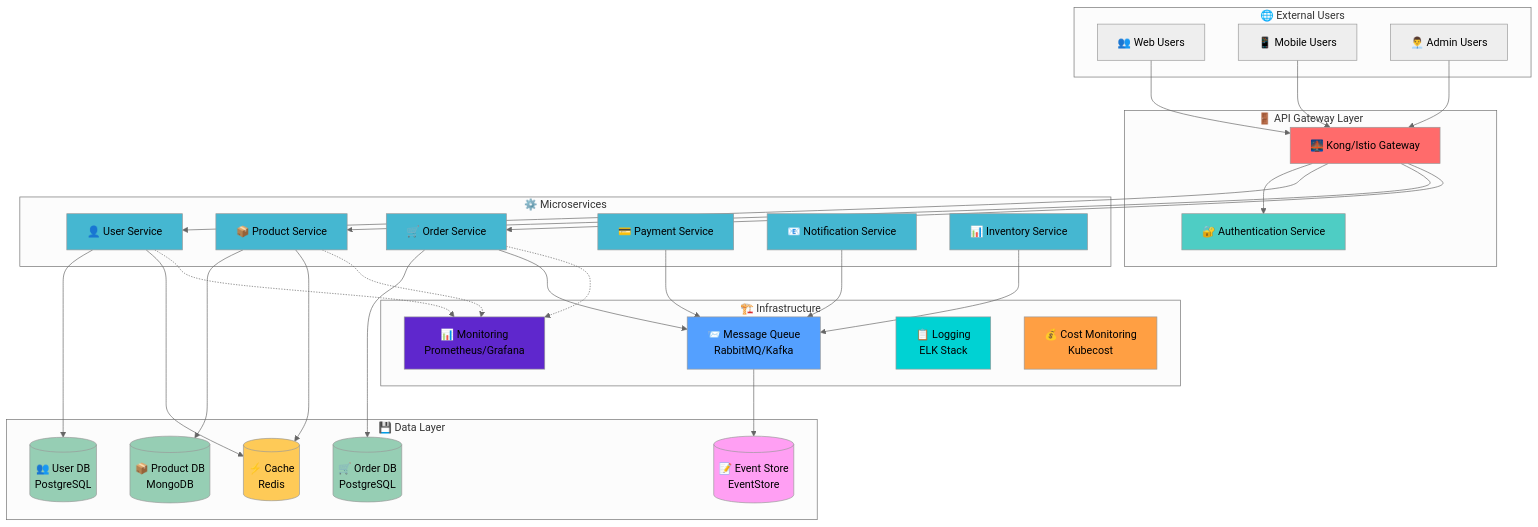
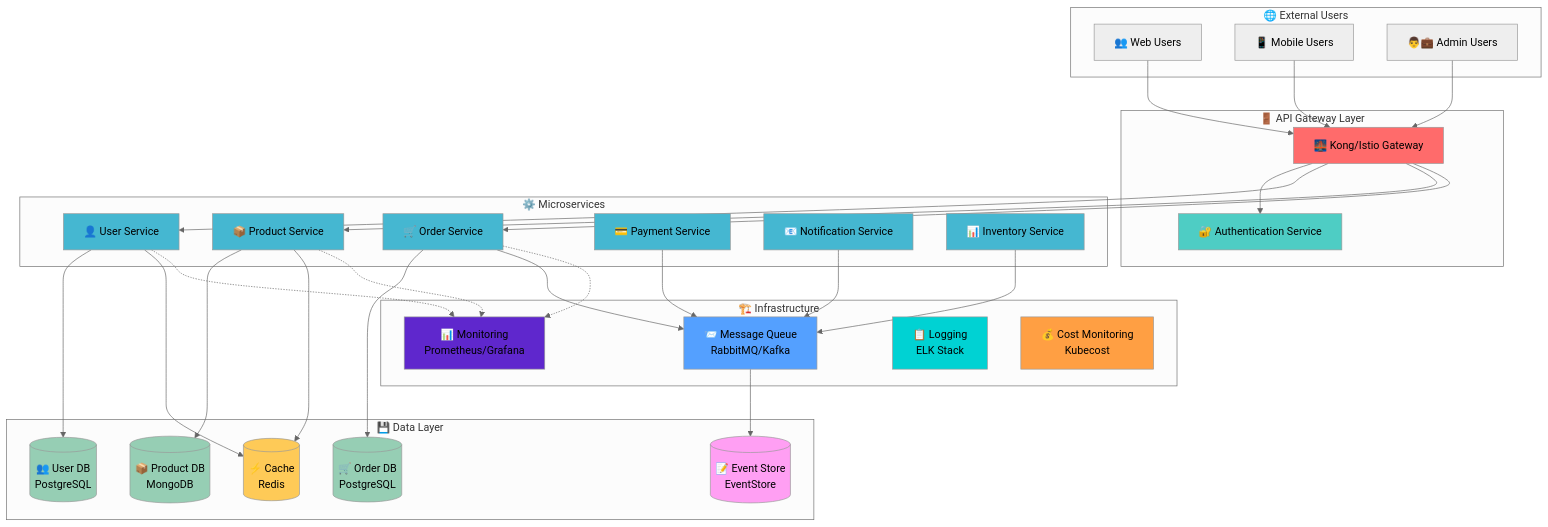
Before and after one commit to niceguy61/kdt_devops_lecture_2025: the first of 2 diagrams in theory/week_04/README.md, drawn with Mermaid (neutral theme). The commit also changed other lines of this file, not shown here.

````diff
--- a/theory/week_04/README.md
+++ b/theory/week_04/README.md
@@ -140,81 +145,81 @@
 ```mermaid
 graph TB
     subgraph "🌐 External Users"
         U1[👥 Web Users]
         U2[📱 Mobile Users]
-        U3[👨‍💼 Admin Users]
+        U3[👨💼 Admin Users]
     end
     
     subgraph "🚪 API Gateway Layer"
         AG[🌉 Kong/Istio Gateway]
         Auth[🔐 Authentication Service]
     end
     
     subgraph "⚙️ Microservices"
         US[👤 User Service]
         PS[📦 Product Service]
         OS[🛒 Order Service]
         PS2[💳 Payment Service]
         NS[📧 Notification Service]
         IS[📊 Inventory Service]
     end
     
     subgraph "💾 Data Layer"
         UD[(👥 User DB<br/>PostgreSQL)]
         PD[(📦 Product DB<br/>MongoDB)]
         OD[(🛒 Order DB<br/>PostgreSQL)]
         RD[(⚡ Cache<br/>Redis)]
         ES[(📝 Event Store<br/>EventStore)]
     end
     
     subgraph "🏗️ Infrastructure"
         MQ[📨 Message Queue<br/>RabbitMQ/Kafka]
         MON[📊 Monitoring<br/>Prometheus/Grafana]
         LOG[📋 Logging<br/>ELK Stack]
         COST[💰 Cost Monitoring<br/>Kubecost]
     end
     
     U1 --> AG
     U2 --> AG
     U3 --> AG
     
     AG --> Auth
     AG --> US
     AG --> PS
     AG --> OS
     
     US --> UD
     PS --> PD
     OS --> OD
     US --> RD
     PS --> RD
     
     OS --> MQ
     PS2 --> MQ
     NS --> MQ
     IS --> MQ
     
     MQ --> ES
     
     US -.-> MON
     PS -.-> MON
     OS -.-> MON
     
     style AG fill:#ff6b6b
     style Auth fill:#4ecdc4
     style US fill:#45b7d1
     style PS fill:#45b7d1
     style OS fill:#45b7d1
     style PS2 fill:#45b7d1
     style NS fill:#45b7d1
     style IS fill:#45b7d1
     style UD fill:#96ceb4
     style PD fill:#96ceb4
     style OD fill:#96ceb4
     style RD fill:#feca57
     style ES fill:#ff9ff3
     style MQ fill:#54a0ff
     style MON fill:#5f27cd
     style LOG fill:#00d2d3
     style COST fill:#ff9f43
 ```
````
